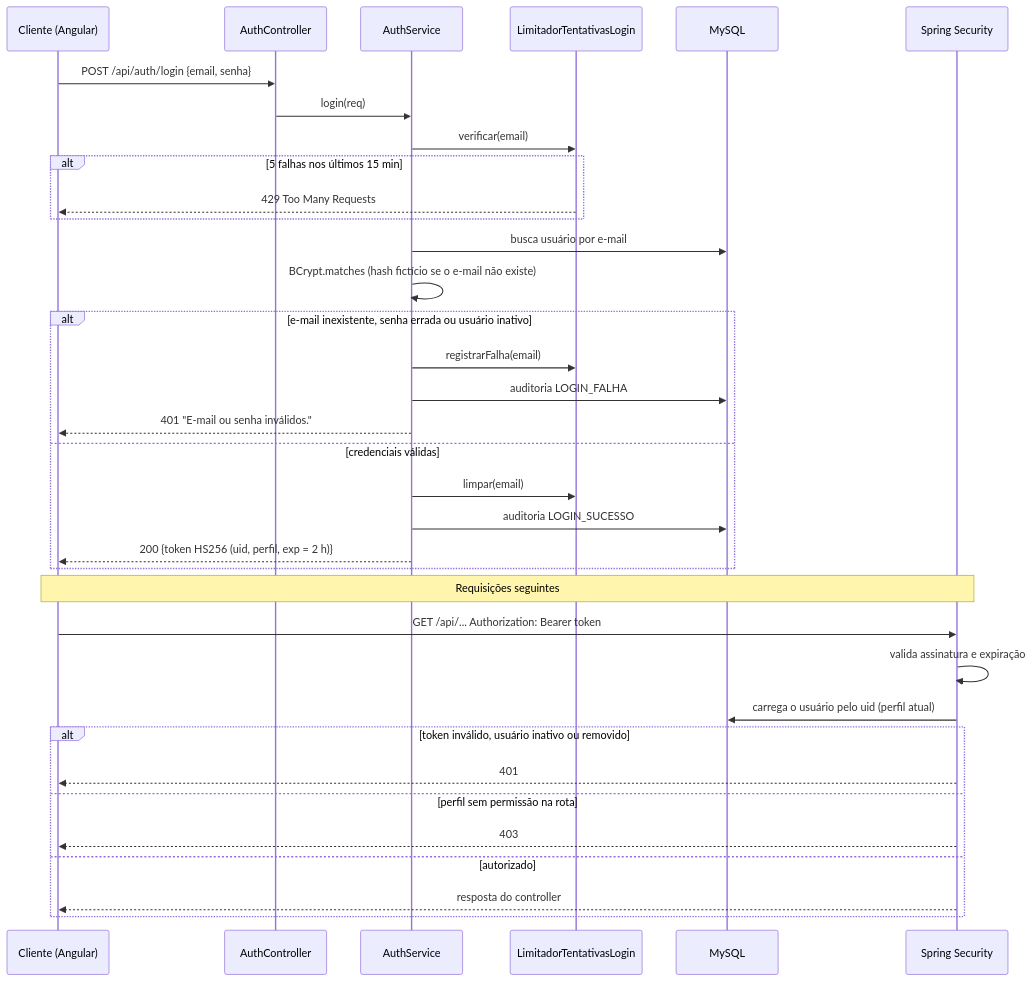
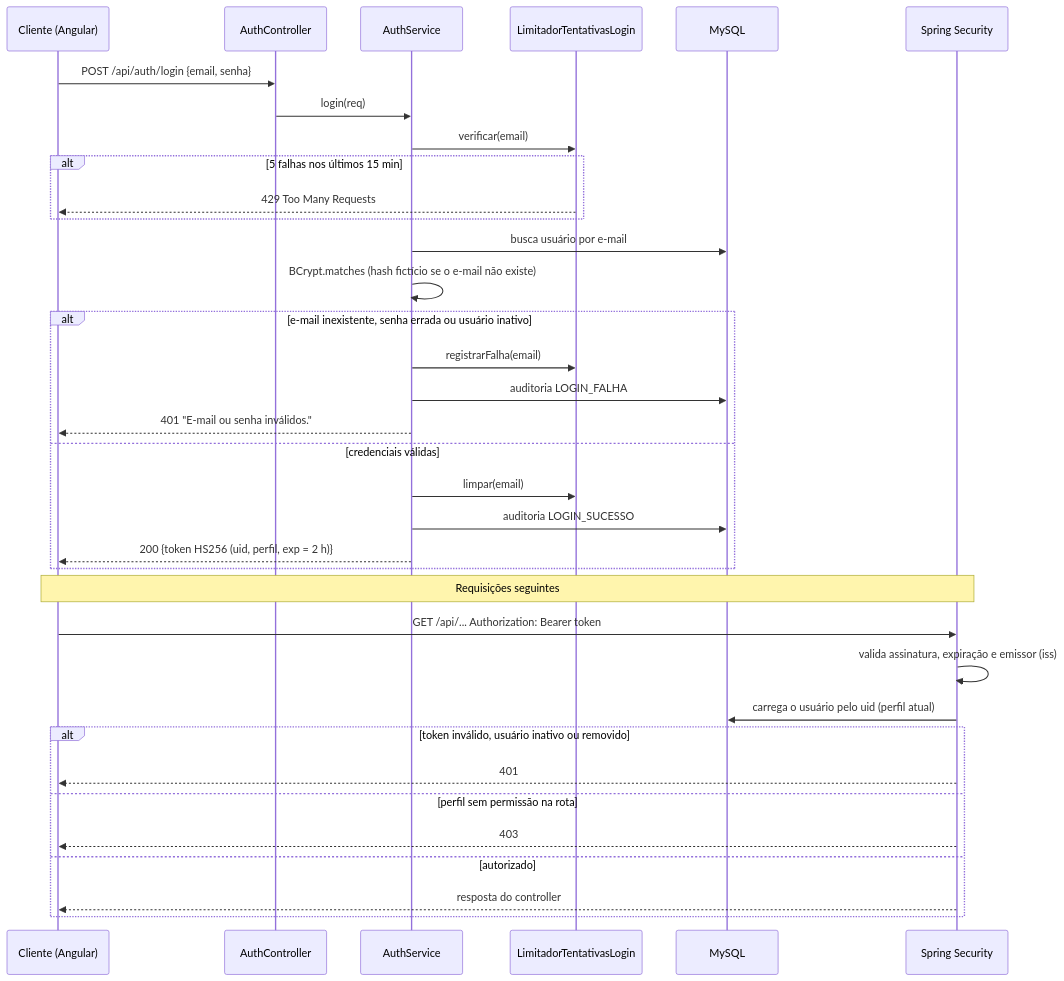
The fifth of 8 diagrams in docs/02-arquitetura.md (Guilherme3578/trabalho-qualidade-de-software), drawn with Mermaid before and after one commit. The commit also changed 3 other files, not shown here.

````diff
--- a/docs/02-arquitetura.md
+++ b/docs/02-arquitetura.md
@@ -213,37 +213,37 @@
 ```mermaid
 sequenceDiagram
     participant C as Cliente (Angular)
     participant AC as AuthController
     participant AS as AuthService
     participant L as LimitadorTentativasLogin
     participant DB as MySQL
     participant SEC as Spring Security
     C->>AC: POST /api/auth/login {email, senha}
     AC->>AS: login(req)
     AS->>L: verificar(email)
     alt 5 falhas nos últimos 15 min
         L-->>C: 429 Too Many Requests
     end
     AS->>DB: busca usuário por e-mail
     AS->>AS: BCrypt.matches (hash fictício se o e-mail não existe)
     alt e-mail inexistente, senha errada ou usuário inativo
         AS->>L: registrarFalha(email)
         AS->>DB: auditoria LOGIN_FALHA
         AS-->>C: 401 "E-mail ou senha inválidos."
     else credenciais válidas
         AS->>L: limpar(email)
         AS->>DB: auditoria LOGIN_SUCESSO
         AS-->>C: 200 {token HS256 (uid, perfil, exp = 2 h)}
     end
     Note over C,SEC: Requisições seguintes
     C->>SEC: GET /api/... Authorization: Bearer token
-    SEC->>SEC: valida assinatura e expiração
+    SEC->>SEC: valida assinatura, expiração e emissor (iss)
     SEC->>DB: carrega o usuário pelo uid (perfil atual)
     alt token inválido, usuário inativo ou removido
         SEC-->>C: 401
     else perfil sem permissão na rota
         SEC-->>C: 403
     else autorizado
         SEC-->>C: resposta do controller
     end
 ```
````
